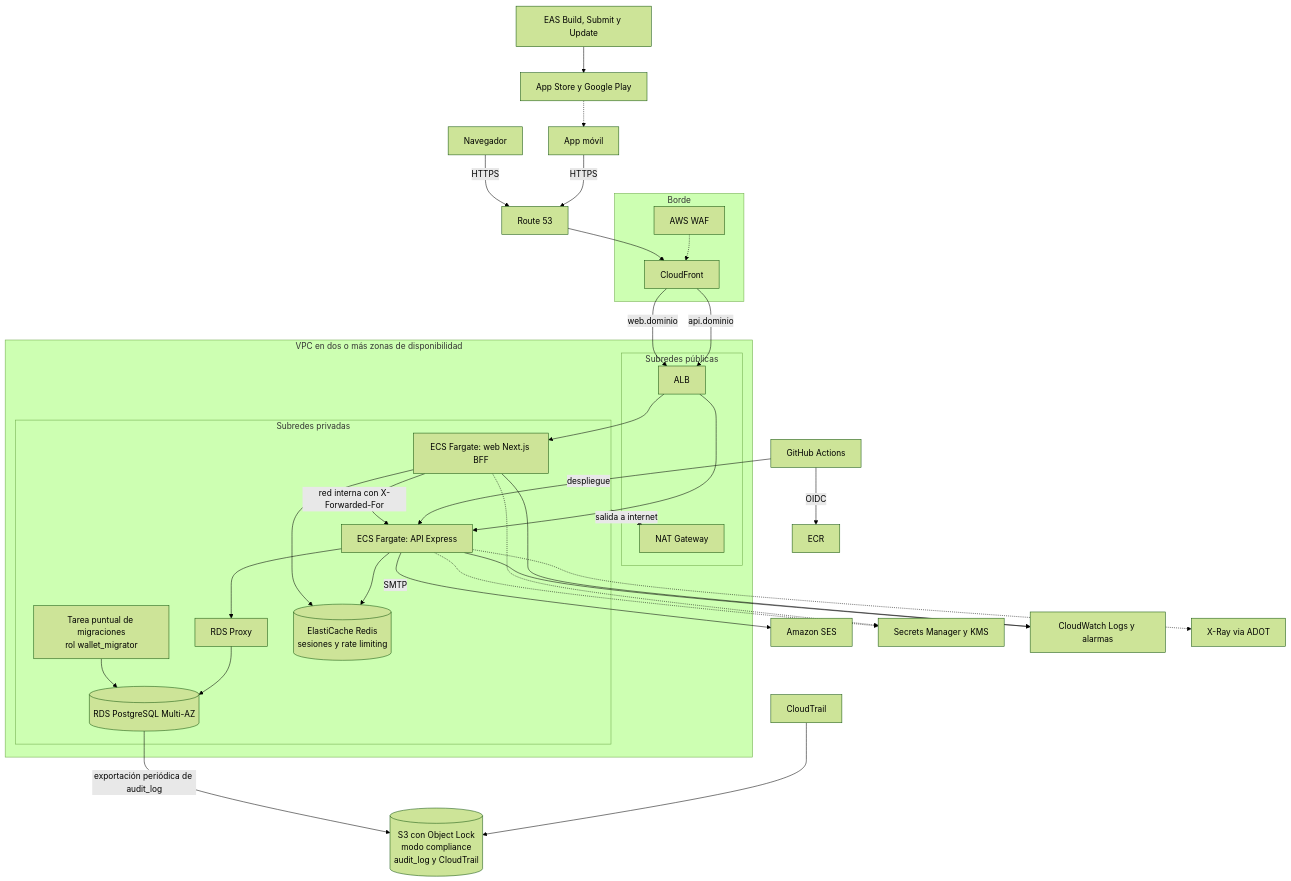
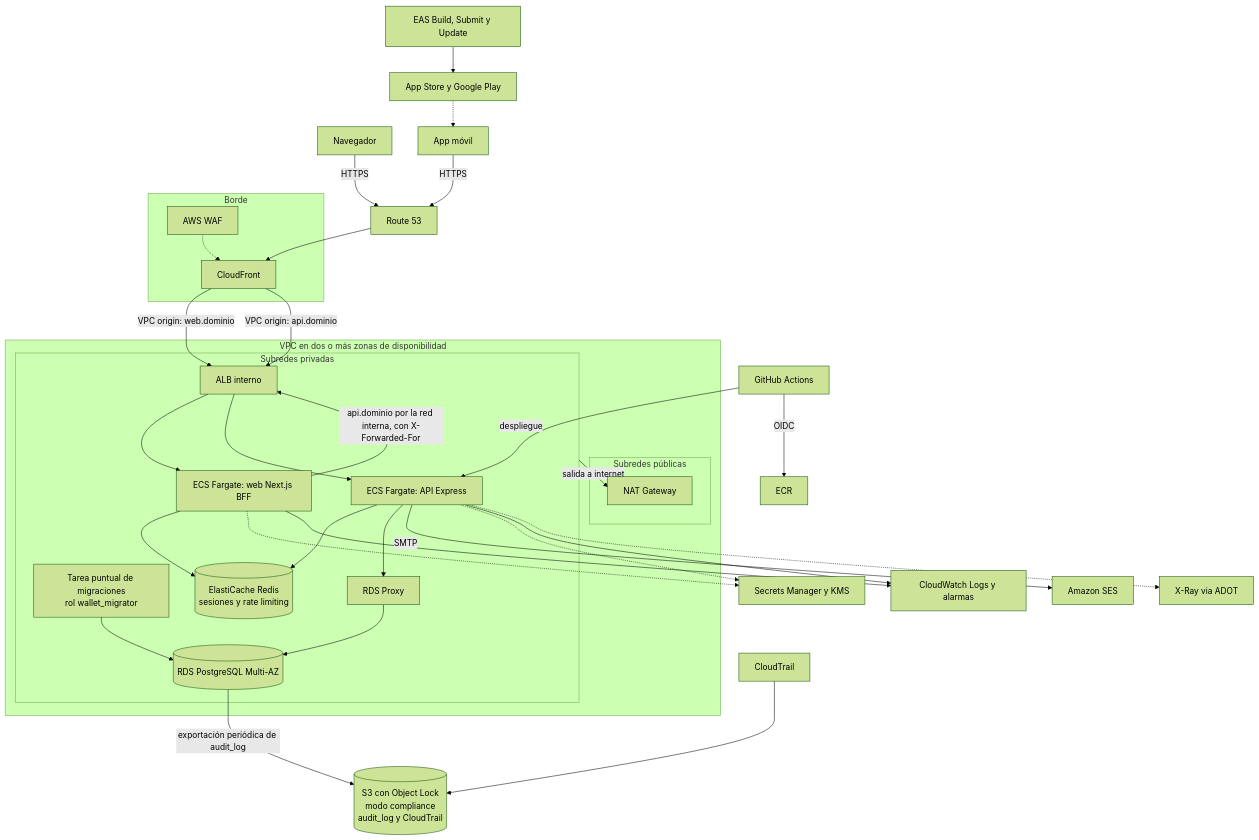
One commit to DevChrisVaz/Treo_Wallet-Coding-Assignment changed the diagram in docs/aws-deploy.md. Above: the diagram before and after it, drawn with Mermaid (forest theme). The commit also changed other lines of this file and 2 other files, not shown here.

````diff
--- a/docs/aws-deploy.md
+++ b/docs/aws-deploy.md
@@ -15,65 +17,65 @@
 ```mermaid
 flowchart TB
   user["Navegador"]
   app["App móvil"]
   r53["Route 53"]
 
   subgraph edge["Borde"]
     cf["CloudFront"]
     waf["AWS WAF"]
   end
 
   subgraph vpc["VPC en dos o más zonas de disponibilidad"]
     subgraph pub["Subredes públicas"]
-      alb["ALB"]
       nat["NAT Gateway"]
     end
     subgraph priv["Subredes privadas"]
+      alb["ALB interno"]
       bff["ECS Fargate: web Next.js BFF"]
       api["ECS Fargate: API Express"]
       mig["Tarea puntual de migraciones<br/>rol wallet_migrator"]
       proxy["RDS Proxy"]
       redis[("ElastiCache Redis<br/>sesiones y rate limiting")]
       rds[("RDS PostgreSQL Multi-AZ")]
     end
   end
 
   ses["Amazon SES"]
   sm["Secrets Manager y KMS"]
   s3[("S3 con Object Lock<br/>modo compliance<br/>audit_log y CloudTrail")]
   ct["CloudTrail"]
   cw["CloudWatch Logs y alarmas"]
   xr["X-Ray via ADOT"]
   ecr["ECR"]
   gh["GitHub Actions"]
   eas["EAS Build, Submit y Update"]
   stores["App Store y Google Play"]
 
   user -->|HTTPS| r53
   app -->|HTTPS| r53
   r53 --> cf
   waf -.-> cf
-  cf -->|"web.dominio"| alb
-  cf -->|"api.dominio"| alb
+  cf -->|"VPC origin: web.dominio"| alb
+  cf -->|"VPC origin: api.dominio"| alb
   alb --> bff
   alb --> api
-  bff -->|"red interna con X-Forwarded-For"| api
+  bff -->|"api.dominio por la red interna, con X-Forwarded-For"| alb
   bff --> redis
   api --> redis
   api --> proxy
   mig --> rds
   proxy --> rds
   api -->|SMTP| ses
   api -.-> sm
   bff -.-> sm
   api --> cw
   bff --> cw
   api -.-> xr
   rds -->|"exportación periódica de audit_log"| s3
   ct --> s3
   gh -->|OIDC| ecr
   gh -->|"despliegue"| api
   eas --> stores
   stores -.-> app
   priv -->|"salida a internet"| nat
 ```
````
